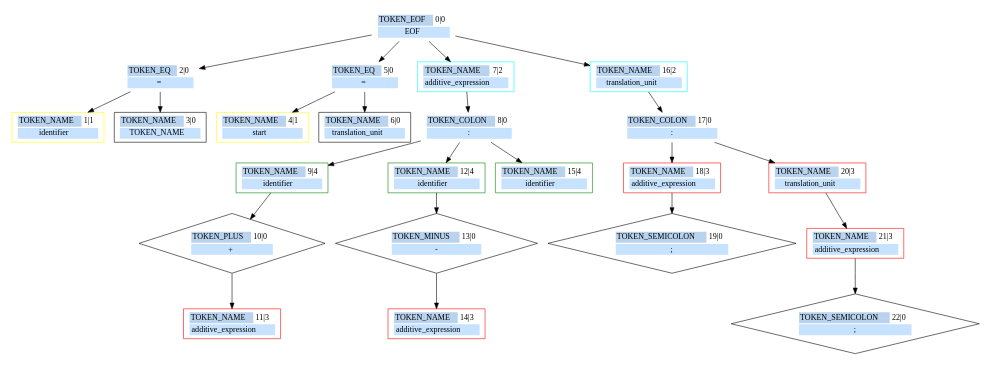
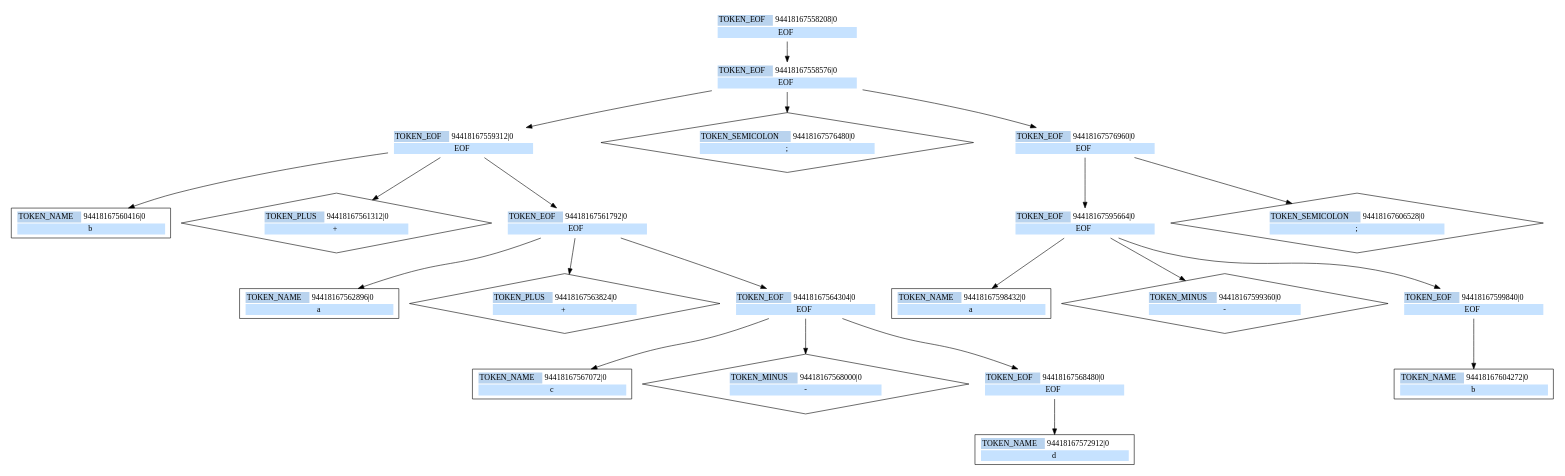
Before and after one commit to 1mchlkrpch/Rebecca: the diagram in graph.dot, drawn with Graphviz. The commit also changed 12 other files, not shown here.

```diff
--- a/graph.dot
+++ b/graph.dot
@@ -1,186 +1,170 @@
 digraph G{
 	graph [ dpi = 50 ];
-	n0 [shape=none color=black label=<
+	n94418167558208 [shape=none color=black label=<
 		<table border="0">
-			<tr><td colspan="1" bgcolor="slategray2">TOKEN_EOF</td><td>0|0</td></tr>
+			<tr><td colspan="1" bgcolor="slategray2">TOKEN_EOF</td><td>94418167558208|0</td></tr>
 			<tr><td colspan="2" bgcolor="slategray1">EOF</td></tr>
 		</table>
 	>]
 
-	n2 [shape=none color=black label=<
+	n94418167558576 [shape=none color=black label=<
 		<table border="0">
-			<tr><td colspan="1" bgcolor="slategray2">TOKEN_EQ</td><td>2|0</td></tr>
-			<tr><td colspan="2" bgcolor="slategray1">=</td></tr>
+			<tr><td colspan="1" bgcolor="slategray2">TOKEN_EOF</td><td>94418167558576|0</td></tr>
+			<tr><td colspan="2" bgcolor="slategray1">EOF</td></tr>
 		</table>
 	>]
 
-	n1 [shape=rectangle color=yellow label=<
+	n94418167559312 [shape=none color=black label=<
 		<table border="0">
-			<tr><td colspan="1" bgcolor="slategray2">TOKEN_NAME</td><td>1|1</td></tr>
-			<tr><td colspan="2" bgcolor="slategray1">identifier</td></tr>
+			<tr><td colspan="1" bgcolor="slategray2">TOKEN_EOF</td><td>94418167559312|0</td></tr>
+			<tr><td colspan="2" bgcolor="slategray1">EOF</td></tr>
 		</table>
 	>]
 
-	n3 [shape=rectangle color=black label=<
+	n94418167560416 [shape=rectangle color=black label=<
 		<table border="0">
-			<tr><td colspan="1" bgcolor="slategray2">TOKEN_NAME</td><td>3|0</td></tr>
-			<tr><td colspan="2" bgcolor="slategray1">TOKEN_NAME</td></tr>
+			<tr><td colspan="1" bgcolor="slategray2">TOKEN_NAME</td><td>94418167560416|0</td></tr>
+			<tr><td colspan="2" bgcolor="slategray1">b</td></tr>
 		</table>
 	>]
 
-	n5 [shape=none color=black label=<
+	n94418167561312 [shape=diamond color=black label=<
 		<table border="0">
-			<tr><td colspan="1" bgcolor="slategray2">TOKEN_EQ</td><td>5|0</td></tr>
-			<tr><td colspan="2" bgcolor="slategray1">=</td></tr>
-		</table>
-	>]
-
-	n4 [shape=rectangle color=yellow label=<
-		<table border="0">
-			<tr><td colspan="1" bgcolor="slategray2">TOKEN_NAME</td><td>4|1</td></tr>
-			<tr><td colspan="2" bgcolor="slategray1">start</td></tr>
-		</table>
-	>]
-
-	n6 [shape=rectangle color=black label=<
-		<table border="0">
-			<tr><td colspan="1" bgcolor="slategray2">TOKEN_NAME</td><td>6|0</td></tr>
-			<tr><td colspan="2" bgcolor="slategray1">translation_unit</td></tr>
-		</table>
-	>]
-
-	n7 [shape=rectangle color=cyan label=<
-		<table border="0">
-			<tr><td colspan="1" bgcolor="slategray2">TOKEN_NAME</td><td>7|2</td></tr>
-			<tr><td colspan="2" bgcolor="slategray1">additive_expression</td></tr>
-		</table>
-	>]
-
-	n8 [shape=none color=black label=<
-		<table border="0">
-			<tr><td colspan="1" bgcolor="slategray2">TOKEN_COLON</td><td>8|0</td></tr>
-			<tr><td colspan="2" bgcolor="slategray1">:</td></tr>
-		</table>
-	>]
-
-	n9 [shape=rectangle color=green label=<
-		<table border="0">
-			<tr><td colspan="1" bgcolor="slategray2">TOKEN_NAME</td><td>9|4</td></tr>
-			<tr><td colspan="2" bgcolor="slategray1">identifier</td></tr>
-		</table>
-	>]
-
-	n10 [shape=diamond color=black label=<
-		<table border="0">
-			<tr><td colspan="1" bgcolor="slategray2">TOKEN_PLUS</td><td>10|0</td></tr>
+			<tr><td colspan="1" bgcolor="slategray2">TOKEN_PLUS</td><td>94418167561312|0</td></tr>
 			<tr><td colspan="2" bgcolor="slategray1">+</td></tr>
 		</table>
 	>]
 
-	n11 [shape=rectangle color=red label=<
+	n94418167561792 [shape=none color=black label=<
 		<table border="0">
-			<tr><td colspan="1" bgcolor="slategray2">TOKEN_NAME</td><td>11|3</td></tr>
-			<tr><td colspan="2" bgcolor="slategray1">additive_expression</td></tr>
+			<tr><td colspan="1" bgcolor="slategray2">TOKEN_EOF</td><td>94418167561792|0</td></tr>
+			<tr><td colspan="2" bgcolor="slategray1">EOF</td></tr>
 		</table>
 	>]
 
-	n12 [shape=rectangle color=green label=<
+	n94418167562896 [shape=rectangle color=black label=<
 		<table border="0">
-			<tr><td colspan="1" bgcolor="slategray2">TOKEN_NAME</td><td>12|4</td></tr>
-			<tr><td colspan="2" bgcolor="slategray1">identifier</td></tr>
+			<tr><td colspan="1" bgcolor="slategray2">TOKEN_NAME</td><td>94418167562896|0</td></tr>
+			<tr><td colspan="2" bgcolor="slategray1">a</td></tr>
 		</table>
 	>]
 
-	n13 [shape=diamond color=black label=<
+	n94418167563824 [shape=diamond color=black label=<
 		<table border="0">
-			<tr><td colspan="1" bgcolor="slategray2">TOKEN_MINUS</td><td>13|0</td></tr>
+			<tr><td colspan="1" bgcolor="slategray2">TOKEN_PLUS</td><td>94418167563824|0</td></tr>
+			<tr><td colspan="2" bgcolor="slategray1">+</td></tr>
+		</table>
+	>]
+
+	n94418167564304 [shape=none color=black label=<
+		<table border="0">
+			<tr><td colspan="1" bgcolor="slategray2">TOKEN_EOF</td><td>94418167564304|0</td></tr>
+			<tr><td colspan="2" bgcolor="slategray1">EOF</td></tr>
+		</table>
+	>]
+
+	n94418167567072 [shape=rectangle color=black label=<
+		<table border="0">
+			<tr><td colspan="1" bgcolor="slategray2">TOKEN_NAME</td><td>94418167567072|0</td></tr>
+			<tr><td colspan="2" bgcolor="slategray1">c</td></tr>
+		</table>
+	>]
+
+	n94418167568000 [shape=diamond color=black label=<
+		<table border="0">
+			<tr><td colspan="1" bgcolor="slategray2">TOKEN_MINUS</td><td>94418167568000|0</td></tr>
 			<tr><td colspan="2" bgcolor="slategray1">-</td></tr>
 		</table>
 	>]
 
-	n14 [shape=rectangle color=red label=<
+	n94418167568480 [shape=none color=black label=<
 		<table border="0">
-			<tr><td colspan="1" bgcolor="slategray2">TOKEN_NAME</td><td>14|3</td></tr>
-			<tr><td colspan="2" bgcolor="slategray1">additive_expression</td></tr>
+			<tr><td colspan="1" bgcolor="slategray2">TOKEN_EOF</td><td>94418167568480|0</td></tr>
+			<tr><td colspan="2" bgcolor="slategray1">EOF</td></tr>
 		</table>
 	>]
 
-	n15 [shape=rectangle color=green label=<
+	n94418167572912 [shape=rectangle color=black label=<
 		<table border="0">
-			<tr><td colspan="1" bgcolor="slategray2">TOKEN_NAME</td><td>15|4</td></tr>
-			<tr><td colspan="2" bgcolor="slategray1">identifier</td></tr>
+			<tr><td colspan="1" bgcolor="slategray2">TOKEN_NAME</td><td>94418167572912|0</td></tr>
+			<tr><td colspan="2" bgcolor="slategray1">d</td></tr>
 		</table>
 	>]
 
-	n16 [shape=rectangle color=cyan label=<
+	n94418167576480 [shape=diamond color=black label=<
 		<table border="0">
-			<tr><td colspan="1" bgcolor="slategray2">TOKEN_NAME</td><td>16|2</td></tr>
-			<tr><td colspan="2" bgcolor="slategray1">translation_unit</td></tr>
-		</table>
-	>]
-
-	n17 [shape=none color=black label=<
-		<table border="0">
-			<tr><td colspan="1" bgcolor="slategray2">TOKEN_COLON</td><td>17|0</td></tr>
-			<tr><td colspan="2" bgcolor="slategray1">:</td></tr>
-		</table>
-	>]
-
-	n18 [shape=rectangle color=red label=<
-		<table border="0">
-			<tr><td colspan="1" bgcolor="slategray2">TOKEN_NAME</td><td>18|3</td></tr>
-			<tr><td colspan="2" bgcolor="slategray1">additive_expression</td></tr>
-		</table>
-	>]
-
-	n19 [shape=diamond color=black label=<
-		<table border="0">
-			<tr><td colspan="1" bgcolor="slategray2">TOKEN_SEMICOLON</td><td>19|0</td></tr>
+			<tr><td colspan="1" bgcolor="slategray2">TOKEN_SEMICOLON</td><td>94418167576480|0</td></tr>
 			<tr><td colspan="2" bgcolor="slategray1">;</td></tr>
 		</table>
 	>]
 
-	n20 [shape=rectangle color=red label=<
+	n94418167576960 [shape=none color=black label=<
 		<table border="0">
-			<tr><td colspan="1" bgcolor="slategray2">TOKEN_NAME</td><td>20|3</td></tr>
-			<tr><td colspan="2" bgcolor="slategray1">translation_unit</td></tr>
+			<tr><td colspan="1" bgcolor="slategray2">TOKEN_EOF</td><td>94418167576960|0</td></tr>
+			<tr><td colspan="2" bgcolor="slategray1">EOF</td></tr>
 		</table>
 	>]
 
-	n21 [shape=rectangle color=red label=<
+	n94418167595664 [shape=none color=black label=<
 		<table border="0">
-			<tr><td colspan="1" bgcolor="slategray2">TOKEN_NAME</td><td>21|3</td></tr>
-			<tr><td colspan="2" bgcolor="slategray1">additive_expression</td></tr>
+			<tr><td colspan="1" bgcolor="slategray2">TOKEN_EOF</td><td>94418167595664|0</td></tr>
+			<tr><td colspan="2" bgcolor="slategray1">EOF</td></tr>
 		</table>
 	>]
 
-	n22 [shape=diamond color=black label=<
+	n94418167598432 [shape=rectangle color=black label=<
 		<table border="0">
-			<tr><td colspan="1" bgcolor="slategray2">TOKEN_SEMICOLON</td><td>22|0</td></tr>
+			<tr><td colspan="1" bgcolor="slategray2">TOKEN_NAME</td><td>94418167598432|0</td></tr>
+			<tr><td colspan="2" bgcolor="slategray1">a</td></tr>
+		</table>
+	>]
+
+	n94418167599360 [shape=diamond color=black label=<
+		<table border="0">
+			<tr><td colspan="1" bgcolor="slategray2">TOKEN_MINUS</td><td>94418167599360|0</td></tr>
+			<tr><td colspan="2" bgcolor="slategray1">-</td></tr>
+		</table>
+	>]
+
+	n94418167599840 [shape=none color=black label=<
+		<table border="0">
+			<tr><td colspan="1" bgcolor="slategray2">TOKEN_EOF</td><td>94418167599840|0</td></tr>
+			<tr><td colspan="2" bgcolor="slategray1">EOF</td></tr>
+		</table>
+	>]
+
+	n94418167604272 [shape=rectangle color=black label=<
+		<table border="0">
+			<tr><td colspan="1" bgcolor="slategray2">TOKEN_NAME</td><td>94418167604272|0</td></tr>
+			<tr><td colspan="2" bgcolor="slategray1">b</td></tr>
+		</table>
+	>]
+
+	n94418167606528 [shape=diamond color=black label=<
+		<table border="0">
+			<tr><td colspan="1" bgcolor="slategray2">TOKEN_SEMICOLON</td><td>94418167606528|0</td></tr>
 			<tr><td colspan="2" bgcolor="slategray1">;</td></tr>
 		</table>
 	>]
 
-	n0 -> n2
-	n0 -> n5
-	n0 -> n7
-	n0 -> n16
-	n2 -> n1
-	n2 -> n3
-	n5 -> n4
-	n5 -> n6
-	n7 -> n8
-	n8 -> n9
-	n8 -> n12
-	n8 -> n15
-	n9 -> n10
-	n10 -> n11
-	n12 -> n13
-	n13 -> n14
-	n16 -> n17
-	n17 -> n18
-	n17 -> n20
-	n18 -> n19
-	n20 -> n21
-	n21 -> n22
+	n94418167558208 -> n94418167558576
+	n94418167558576 -> n94418167559312
+	n94418167558576 -> n94418167576480
+	n94418167558576 -> n94418167576960
+	n94418167559312 -> n94418167560416
+	n94418167559312 -> n94418167561312
+	n94418167559312 -> n94418167561792
+	n94418167561792 -> n94418167562896
+	n94418167561792 -> n94418167563824
+	n94418167561792 -> n94418167564304
+	n94418167564304 -> n94418167567072
+	n94418167564304 -> n94418167568000
+	n94418167564304 -> n94418167568480
+	n94418167568480 -> n94418167572912
+	n94418167576960 -> n94418167595664
+	n94418167576960 -> n94418167606528
+	n94418167595664 -> n94418167598432
+	n94418167595664 -> n94418167599360
+	n94418167595664 -> n94418167599840
+	n94418167599840 -> n94418167604272
 }
```
